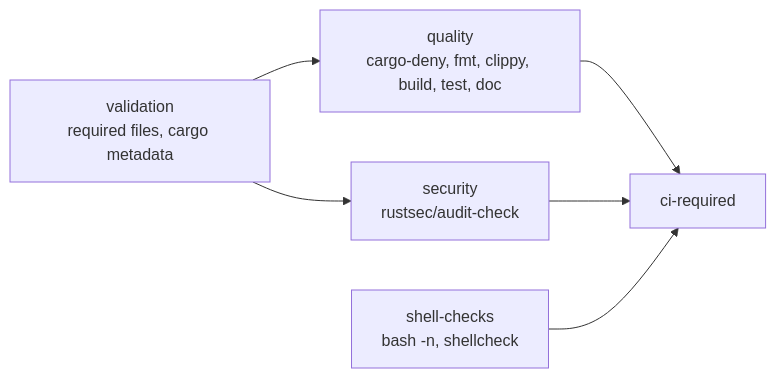
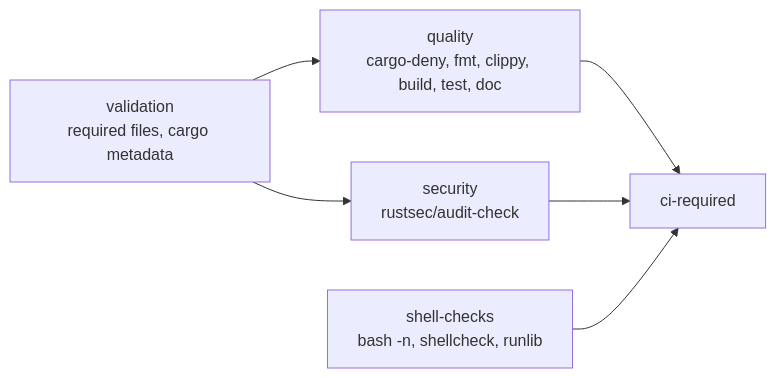
Before and after one commit to stSoftwareAU/NEAT-AI-Refinery: the eighth of 9 diagrams in README.md, drawn with Mermaid. The commit also changed other lines of this file and 5 other files, not shown here.

````diff
--- a/README.md
+++ b/README.md
@@ -728,9 +735,9 @@
 ```mermaid
 flowchart LR
     V[validation<br/>required files, cargo metadata] --> Q[quality<br/>cargo-deny, fmt, clippy, build, test, doc]
     V --> S[security<br/>rustsec/audit-check]
-    SH[shell-checks<br/>bash -n, shellcheck]
+    SH[shell-checks<br/>bash -n, shellcheck, runlib]
     Q --> R[ci-required]
     S --> R
     SH --> R
 ```
````
